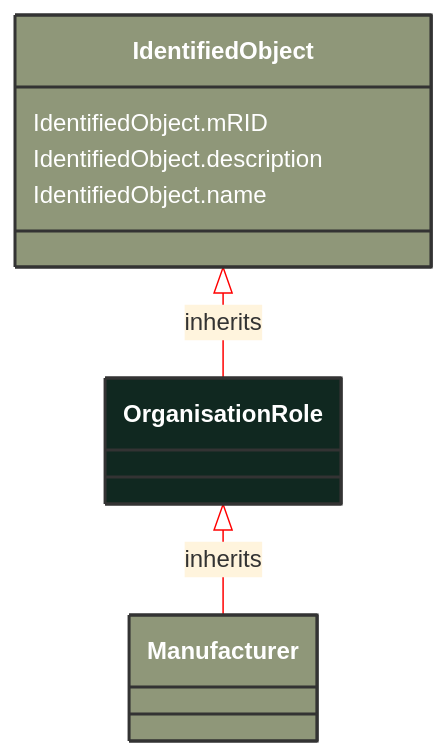
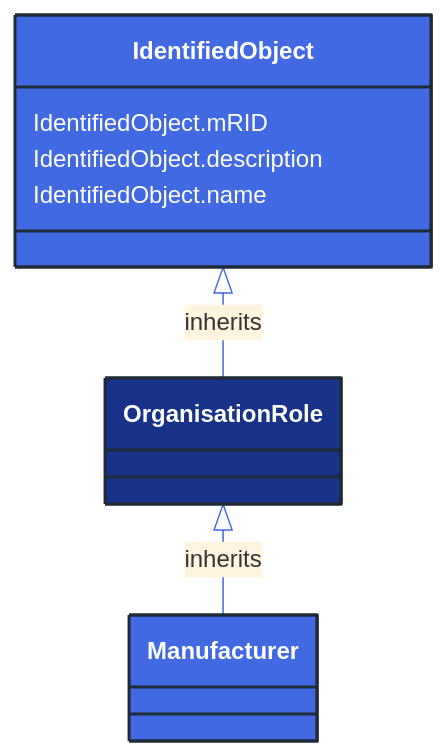
The diagram in docs/Models/Profiles/SubseaCableInfo/AbstractClasses/OrganisationRole.md (3lbits/NoCIMExtensions), drawn with Mermaid before and after one commit. The commit also changed 362 other files, not shown here.

First line of the commit message:
Update diagrams and styles for improved visual consistency

````diff
--- a/docs/Models/Profiles/SubseaCableInfo/AbstractClasses/OrganisationRole.md
+++ b/docs/Models/Profiles/SubseaCableInfo/AbstractClasses/OrganisationRole.md
@@ -10,23 +10,23 @@
 ```mermaid
-%%{init: {'theme':'base','themeVariables': {'lineColor': '#FF0000'}}}%%
+%%{init: {'theme':'base','themeVariables': {'lineColor': '#4169E1'}}}%%
 classDiagram
     class OrganisationRole
     click OrganisationRole href "/Models/Profiles/SubseaCableInfo/AbstractClasses/OrganisationRole/"
-    style OrganisationRole fill:#102820,stroke:#333,stroke-width:2px,rx:10,ry:10,color:white
+    style OrganisationRole fill:#163289,stroke:#1F2A37,stroke-width:2px,rx:10,ry:10,color:white
 
         OrganisationRole <|-- Manufacturer : inherits
 
         Manufacturer
             click Manufacturer href "/Models/Profiles/SubseaCableInfo/ConcreteClasses/Manufacturer/"
-            style Manufacturer fill:#8F9779,stroke:#333,stroke-width:2px,rx:10,ry:10,color:white
+            style Manufacturer fill:#4169E1,stroke:#1F2A37,stroke-width:2px,rx:10,ry:10,color:white
      
         IdentifiedObject <|-- OrganisationRole : inherits
             click IdentifiedObject href "/Models/Profiles/SubseaCableInfo/AbstractClasses/IdentifiedObject/"
-            style IdentifiedObject fill:#8F9779,stroke:#333,stroke-width:2px,rx:10,ry:10,color:white
+            style IdentifiedObject fill:#4169E1,stroke:#1F2A37,stroke-width:2px,rx:10,ry:10,color:white
 
 
 
         IdentifiedObject : IdentifiedObject.mRID
         IdentifiedObject : IdentifiedObject.description
         IdentifiedObject : IdentifiedObject.name
 ```
````
